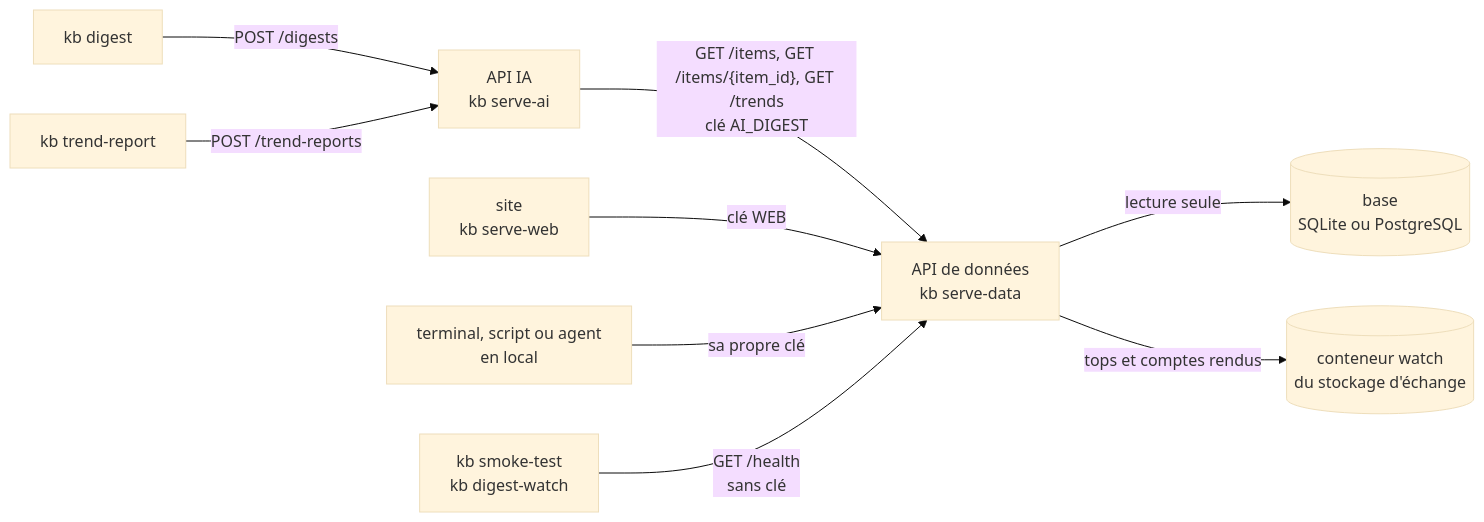
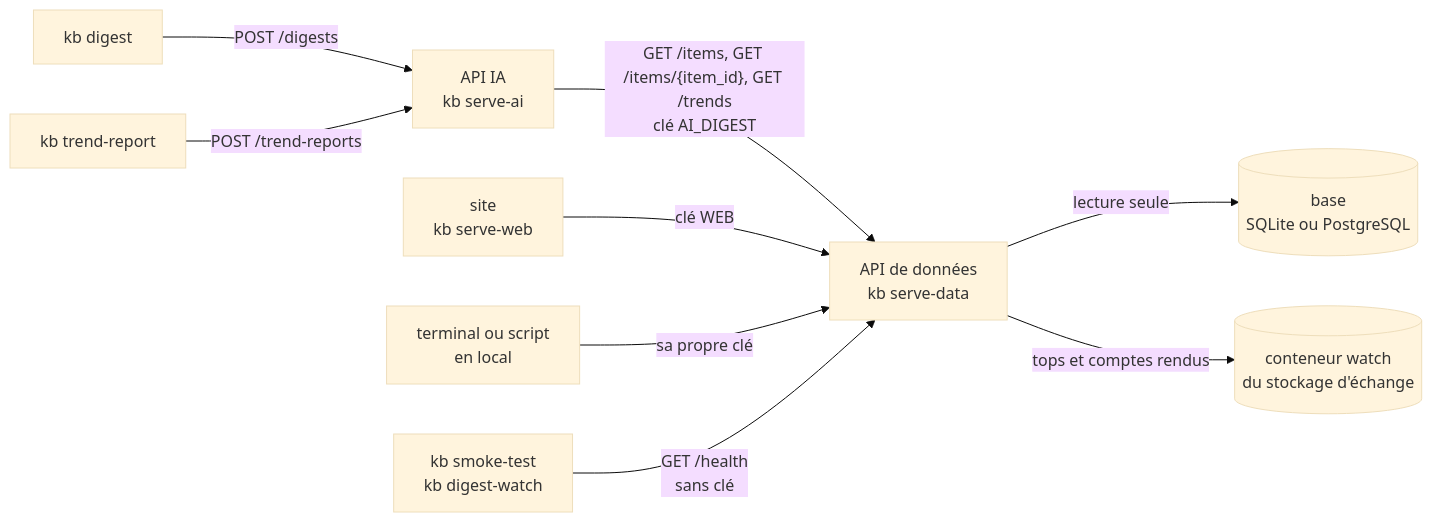
The diagram in documentation/api-donnees.md (SabineLaurent/K-B), drawn with Mermaid (base theme) before and after one commit. The commit also changed other lines of this file, not shown here.

Commit message:
docs: drop the agent from the callers of the data API in its diagram and text, and point its last four references to the README to the page Utiliser K-B (issue 684)

````diff
--- a/documentation/api-donnees.md
+++ b/documentation/api-donnees.md
@@ -55,13 +55,13 @@
 ```mermaid
 flowchart LR
     accTitle: Les appelants de l'API de données et ce qu'elle lit
-    accDescr: kb digest et kb trend-report appellent l'API IA, qui lit les items et les tendances par l'API de données avec la clé du client AI_DIGEST. Le site appelle avec la clé du client WEB. En local, un terminal, un script ou un agent appelle avec sa propre clé. Les jobs kb smoke-test et kb digest-watch appellent GET /health sans clé. L'API de données lit la base en lecture seule, et le conteneur watch du stockage d'échange pour les tops et les comptes rendus.
+    accDescr: kb digest et kb trend-report appellent l'API IA, qui lit les items et les tendances par l'API de données avec la clé du client AI_DIGEST. Le site appelle avec la clé du client WEB. En local, le terminal ou un script appelle avec sa propre clé. Les jobs kb smoke-test et kb digest-watch appellent GET /health sans clé. L'API de données lit la base en lecture seule, et le conteneur watch du stockage d'échange pour les tops et les comptes rendus.
     digest["kb digest"] -->|"POST /digests"| ai["API IA<br>kb serve-ai"]
     trend["kb trend-report"] -->|"POST /trend-reports"| ai
     ai -->|"GET /items, GET /items/{item_id}, GET /trends<br>clé AI_DIGEST"| data["API de données<br>kb serve-data"]
     web["site<br>kb serve-web"] -->|"clé WEB"| data
-    other["terminal, script ou agent<br>en local"] -->|"sa propre clé"| data
+    other["terminal ou script<br>en local"] -->|"sa propre clé"| data
     jobs["kb smoke-test<br>kb digest-watch"] -->|"GET /health<br>sans clé"| data
     data -->|"lecture seule"| base[("base<br>SQLite ou PostgreSQL")]
     data -->|"tops et comptes rendus"| watch[("conteneur watch<br>du stockage d'échange")]
 ```
````
